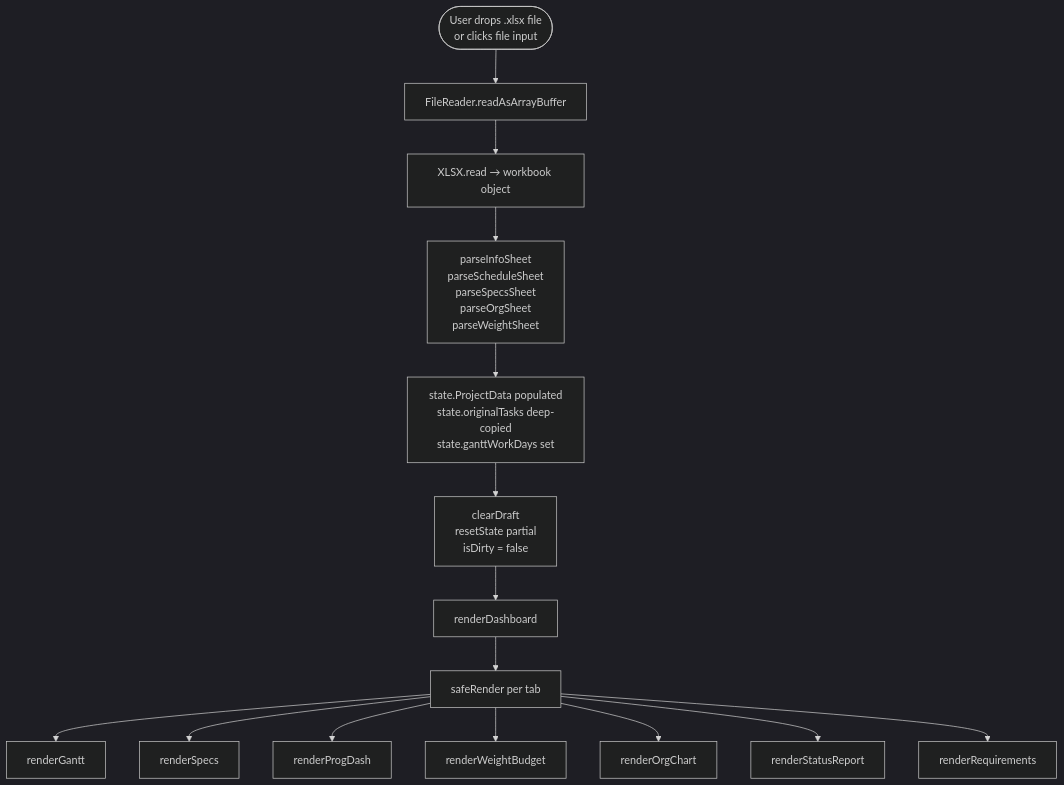
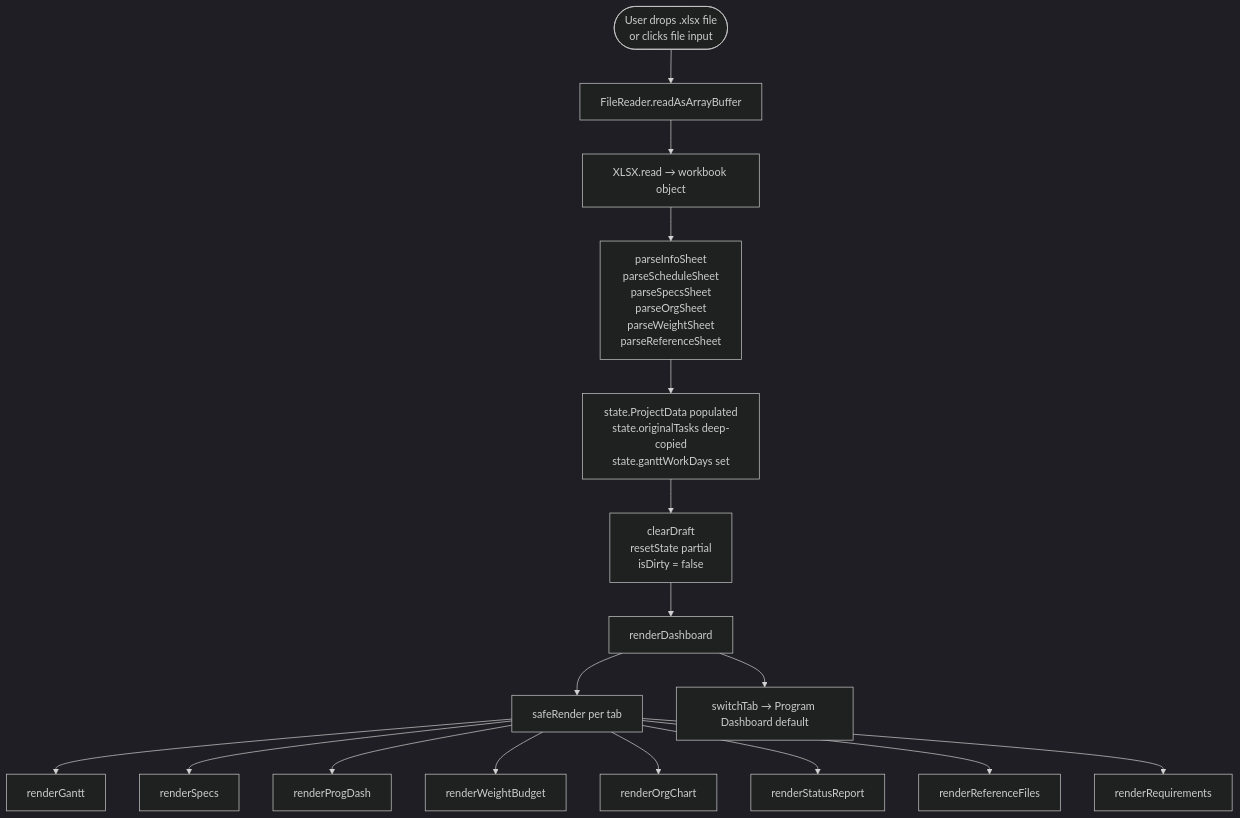
The first of 7 diagrams in docs/FLOW.md (kalkisharma/ProgramDashboardSuite), drawn with Mermaid (dark theme) before and after one commit. The commit also changed other lines of this file and 7 other files, not shown here.

````diff
--- a/docs/FLOW.md
+++ b/docs/FLOW.md
@@ -11,17 +11,19 @@
 ```mermaid
 flowchart TD
     A([User drops .xlsx file\nor clicks file input]) --> B[FileReader.readAsArrayBuffer]
     B --> C[XLSX.read → workbook object]
-    C --> D[parseInfoSheet\nparseScheduleSheet\nparseSpecsSheet\nparseOrgSheet\nparseWeightSheet]
+    C --> D[parseInfoSheet\nparseScheduleSheet\nparseSpecsSheet\nparseOrgSheet\nparseWeightSheet\nparseReferenceSheet]
     D --> E[state.ProjectData populated\nstate.originalTasks deep-copied\nstate.ganttWorkDays set]
     E --> F[clearDraft\nresetState partial\nisDirty = false]
     F --> G[renderDashboard]
     G --> H[safeRender per tab]
     H --> I[renderGantt]
     H --> J[renderSpecs]
     H --> K[renderProgDash]
     H --> L[renderWeightBudget]
     H --> M[renderOrgChart]
     H --> N[renderStatusReport]
+    H --> P[renderReferenceFiles]
     H --> O[renderRequirements]
+    G --> Q[switchTab → Program Dashboard default]
 ```
````
